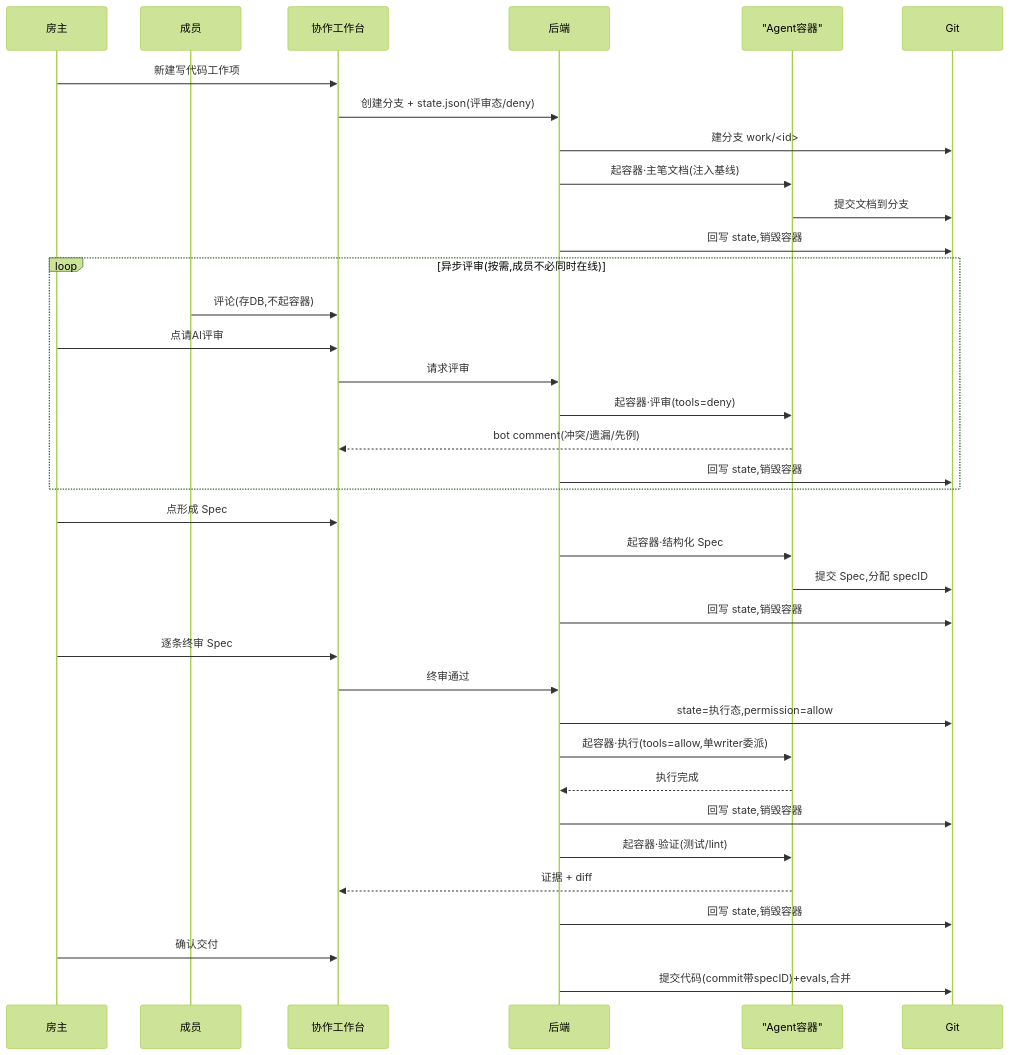
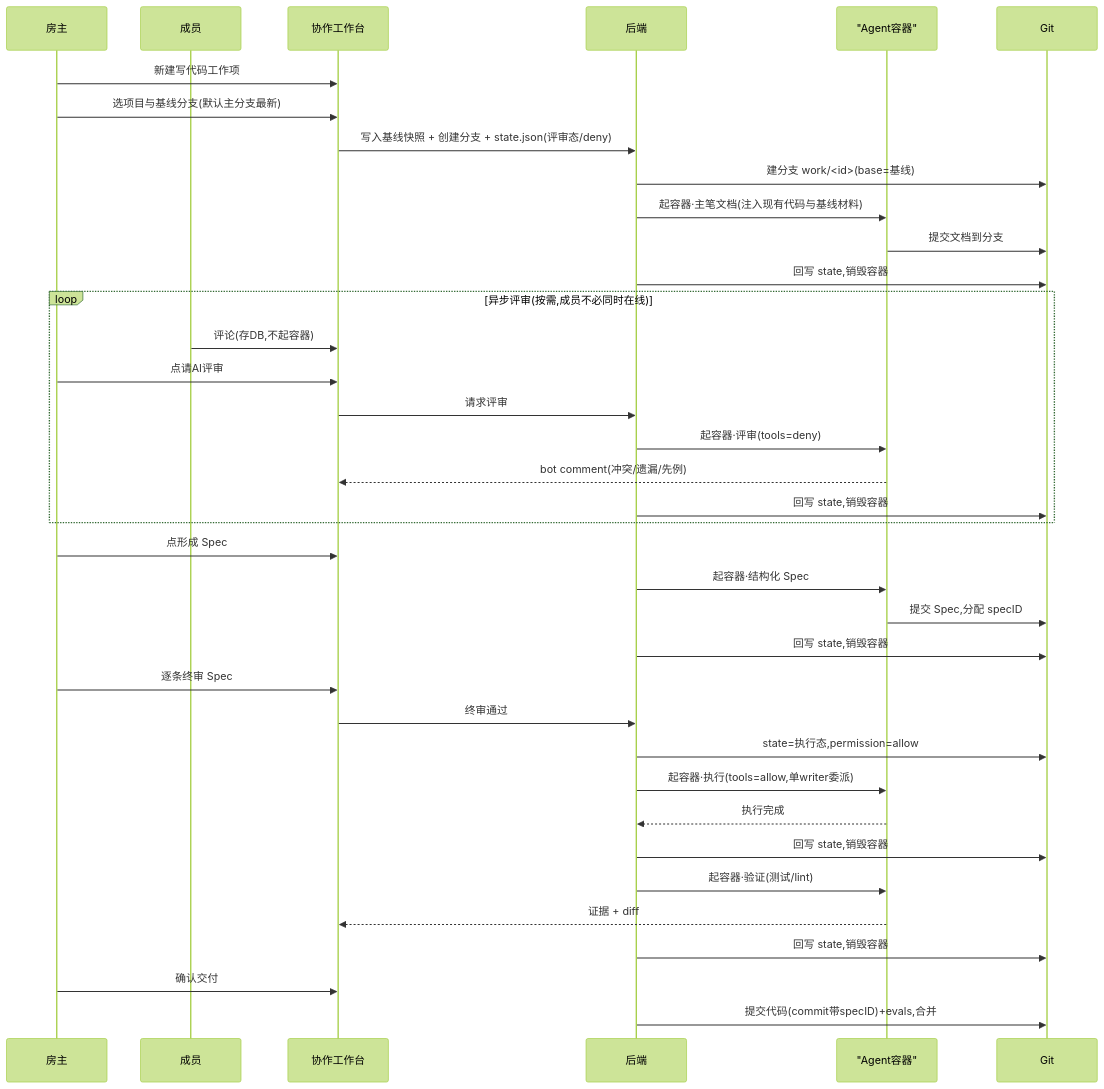
One commit to wonglaitung/opencode changed the second of 6 diagrams in COLLECTIVE.md. Above: the diagram before and after it, drawn with Mermaid (forest theme). The commit also changed other lines of this file, not shown here.

````diff
--- a/COLLECTIVE.md
+++ b/COLLECTIVE.md
@@ -163,44 +170,45 @@
 ```mermaid
 sequenceDiagram
     participant 房主
     participant 成员
     participant 协作工作台
     participant 后端
     participant 容器 as "Agent容器"
     participant Git
 
     房主->>协作工作台: 新建写代码工作项
-    协作工作台->>后端: 创建分支 + state.json(评审态/deny)
-    后端->>Git: 建分支 work/<id>
+    房主->>协作工作台: 选项目与基线分支(默认主分支最新)
+    协作工作台->>后端: 写入基线快照 + 创建分支 + state.json(评审态/deny)
+    后端->>Git: 建分支 work/<id>(base=基线)
 
-    后端->>容器: 起容器·主笔文档(注入基线)
+    后端->>容器: 起容器·主笔文档(注入现有代码与基线材料)
     容器->>Git: 提交文档到分支
     后端->>Git: 回写 state,销毁容器
 
     loop 异步评审(按需,成员不必同时在线)
         成员->>协作工作台: 评论(存DB,不起容器)
         房主->>协作工作台: 点请AI评审
         协作工作台->>后端: 请求评审
         后端->>容器: 起容器·评审(tools=deny)
         容器-->>协作工作台: bot comment(冲突/遗漏/先例)
         后端->>Git: 回写 state,销毁容器
     end
 
     房主->>协作工作台: 点形成 Spec
     后端->>容器: 起容器·结构化 Spec
     容器->>Git: 提交 Spec,分配 specID
     后端->>Git: 回写 state,销毁容器
     房主->>协作工作台: 逐条终审 Spec
     协作工作台->>后端: 终审通过
     后端->>Git: state=执行态,permission=allow
 
     后端->>容器: 起容器·执行(tools=allow,单writer委派)
     容器-->>后端: 执行完成
     后端->>Git: 回写 state,销毁容器
 
     后端->>容器: 起容器·验证(测试/lint)
     容器-->>协作工作台: 证据 + diff
     后端->>Git: 回写 state,销毁容器
     房主->>协作工作台: 确认交付
     后端->>Git: 提交代码(commit带specID)+evals,合并
 ```
````
